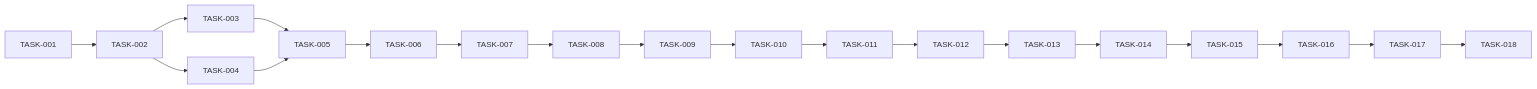
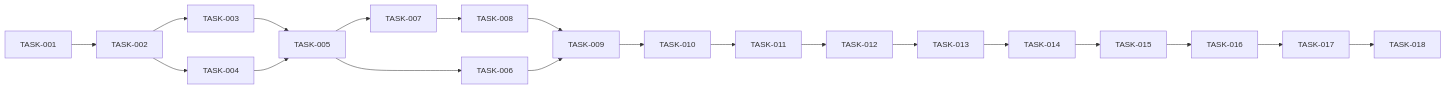
Before and after one commit to yurizzxz/tadeu_ecommerce: the diagram in TASKS.md, drawn with Mermaid. The commit also changed other lines of this file and 7 other files, not shown here.

````diff
--- a/TASKS.md
+++ b/TASKS.md
@@ -37,11 +37,13 @@
 ```mermaid
 flowchart LR
     T001[TASK-001] --> T002[TASK-002]
     T002 --> T003[TASK-003]
     T002 --> T004[TASK-004]
     T003 --> T005[TASK-005]
     T004 --> T005
-    T005 --> T006[TASK-006] --> T007[TASK-007] --> T008[TASK-008] --> T009[TASK-009]
+    T005 --> T006[TASK-006]
+    T005 --> T007[TASK-007] --> T008[TASK-008] --> T009[TASK-009]
+    T006 --> T009
     T009 --> T010[TASK-010] --> T011[TASK-011] --> T012[TASK-012] --> T013[TASK-013] --> T014[TASK-014]
     T014 --> T015[TASK-015] --> T016[TASK-016] --> T017[TASK-017] --> T018[TASK-018]
 ```
````
